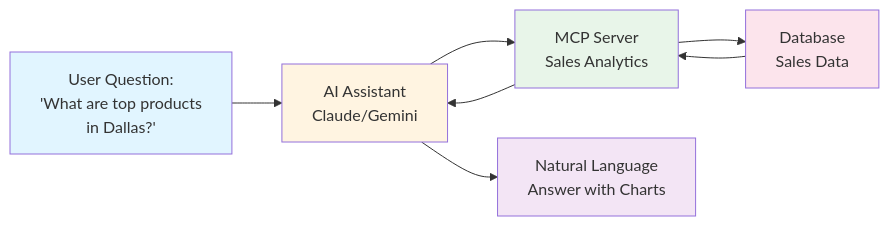
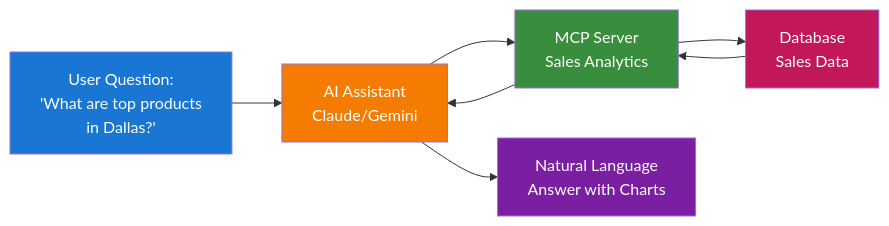
The first of 15 diagrams in AWS_DEPLOYMENT_EXECUTIVE_GUIDE.md (SamyamoyRakshitSigmoid/MCP-Exploration), drawn with Mermaid before and after one commit. The commit also changed other lines of this file, not shown here.

Commit message:
style: Update diagram colors for improved visibility and consistency

````diff
--- a/AWS_DEPLOYMENT_EXECUTIVE_GUIDE.md
+++ b/AWS_DEPLOYMENT_EXECUTIVE_GUIDE.md
@@ -39,15 +39,15 @@
 ```mermaid
 graph LR
     A[User Question:<br/>'What are top products<br/>in Dallas?'] --> B[AI Assistant<br/>Claude/Gemini]
     B --> C[MCP Server<br/>Sales Analytics]
     C --> D[Database<br/>Sales Data]
     D --> C
     C --> B
     B --> E[Natural Language<br/>Answer with Charts]
     
-    style A fill:#e1f5ff
-    style B fill:#fff4e1
-    style C fill:#e8f5e9
-    style D fill:#fce4ec
-    style E fill:#f3e5f5
+    style A fill:#1976d2,color:#fff
+    style B fill:#f57c00,color:#fff
+    style C fill:#388e3c,color:#fff
+    style D fill:#c2185b,color:#fff
+    style E fill:#7b1fa2,color:#fff
 ```
````
